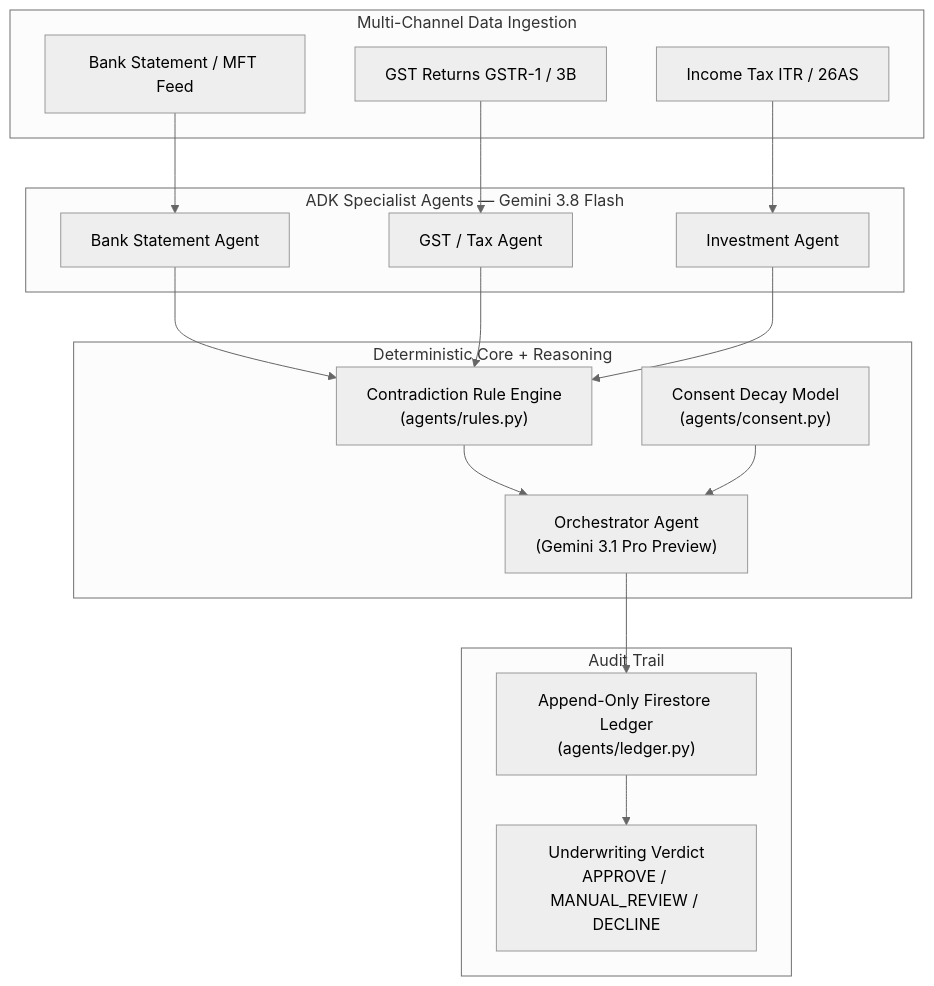
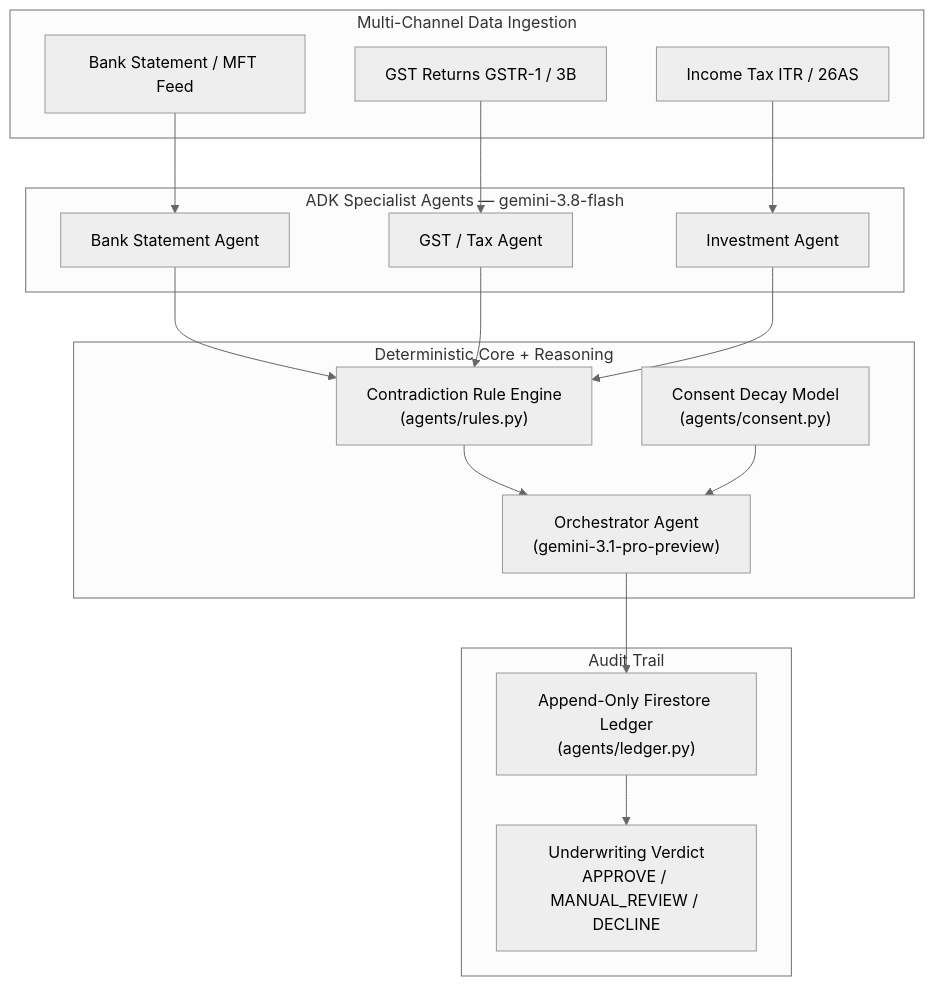
The diagram in README.md (Aryanshanu/TrueLedger), drawn with Mermaid (neutral theme) before and after one commit. The commit also changed other lines of this file and 1 other file, not shown here.

````diff
--- a/README.md
+++ b/README.md
@@ -50,34 +50,34 @@
 ```mermaid
 flowchart TD
     subgraph Ingestion["Multi-Channel Data Ingestion"]
         B[Bank Statement / MFT Feed]
         G[GST Returns GSTR-1 / 3B]
         I[Income Tax ITR / 26AS]
     end
 
-    subgraph Specialists["ADK Specialist Agents — Gemini 3.8 Flash"]
+    subgraph Specialists["ADK Specialist Agents — gemini-3.8-flash"]
         BA[Bank Statement Agent]
         GA[GST / Tax Agent]
         IA[Investment Agent]
     end
 
     subgraph Engine["Deterministic Core + Reasoning"]
         Rules["Contradiction Rule Engine\n(agents/rules.py)"]
         Decay["Consent Decay Model\n(agents/consent.py)"]
-        Orch["Orchestrator Agent\n(Gemini 3.1 Pro Preview)"]
+        Orch["Orchestrator Agent\n(gemini-3.1-pro-preview)"]
     end
 
     subgraph Persistence["Audit Trail"]
         Audit["Append-Only Firestore Ledger\n(agents/ledger.py)"]
         Decision["Underwriting Verdict\nAPPROVE / MANUAL_REVIEW / DECLINE"]
     end
 
     B --> BA
     G --> GA
     I --> IA
     BA & GA & IA --> Rules
     Rules --> Orch
     Decay --> Orch
     Orch --> Audit
     Audit --> Decision
 ```
````
